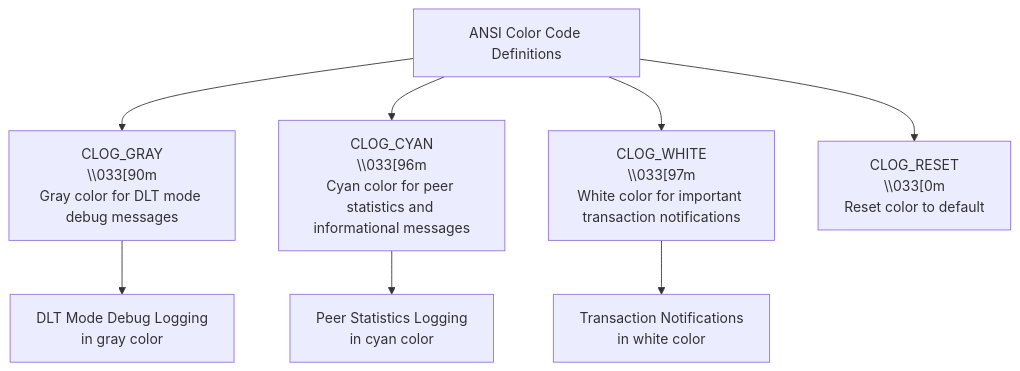
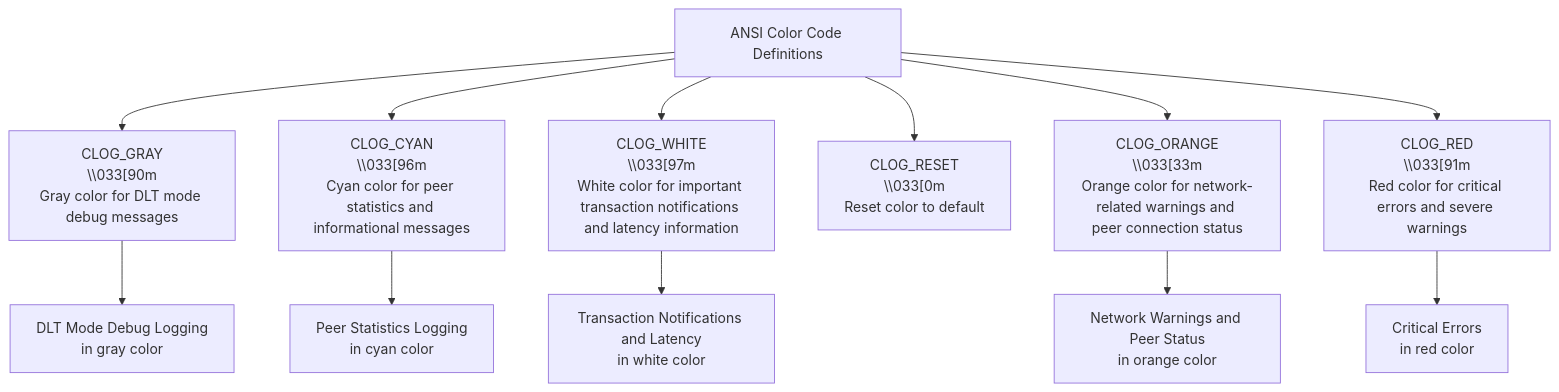
One commit to VIZ-Blockchain/viz-cpp-node changed diagram 24 of 37 in .qoder/repowiki/en/content/P2p Plugin.md. Above: the diagram before and after it, drawn with Mermaid. The commit also changed other lines of this file and 5 other files, not shown here.

````diff
--- a/.qoder/repowiki/en/content/P2p Plugin.md
+++ b/.qoder/repowiki/en/content/P2p Plugin.md
@@ -916,10 +926,14 @@
 ```mermaid
 flowchart TD
 ColorCodes["ANSI Color Code Definitions"] --> Gray["CLOG_GRAY<br/>\\033[90m<br/>Gray color for DLT mode debug messages"]
 ColorCodes --> Cyan["CLOG_CYAN<br/>\\033[96m<br/>Cyan color for peer statistics and informational messages"]
-ColorCodes --> White["CLOG_WHITE<br/>\\033[97m<br/>White color for important transaction notifications"]
+ColorCodes --> White["CLOG_WHITE<br/>\\033[97m<br/>White color for important transaction notifications and latency information"]
 ColorCodes --> Reset["CLOG_RESET<br/>\\033[0m<br/>Reset color to default"]
+ColorCodes --> Orange["CLOG_ORANGE<br/>\\033[33m<br/>Orange color for network-related warnings and peer connection status"]
+ColorCodes --> Red["CLOG_RED<br/>\\033[91m<br/>Red color for critical errors and severe warnings"]
 Gray --> DLTLogging["DLT Mode Debug Logging<br/>in gray color"]
 Cyan --> PeerStats["Peer Statistics Logging<br/>in cyan color"]
-White --> TransactionLogs["Transaction Notifications<br/>in white color"]
+White --> TransactionLogs["Transaction Notifications and Latency<br/>in white color"]
+Orange --> NetworkWarnings["Network Warnings and Peer Status<br/>in orange color"]
+Red --> CriticalErrors["Critical Errors<br/>in red color"]
 ```
````
